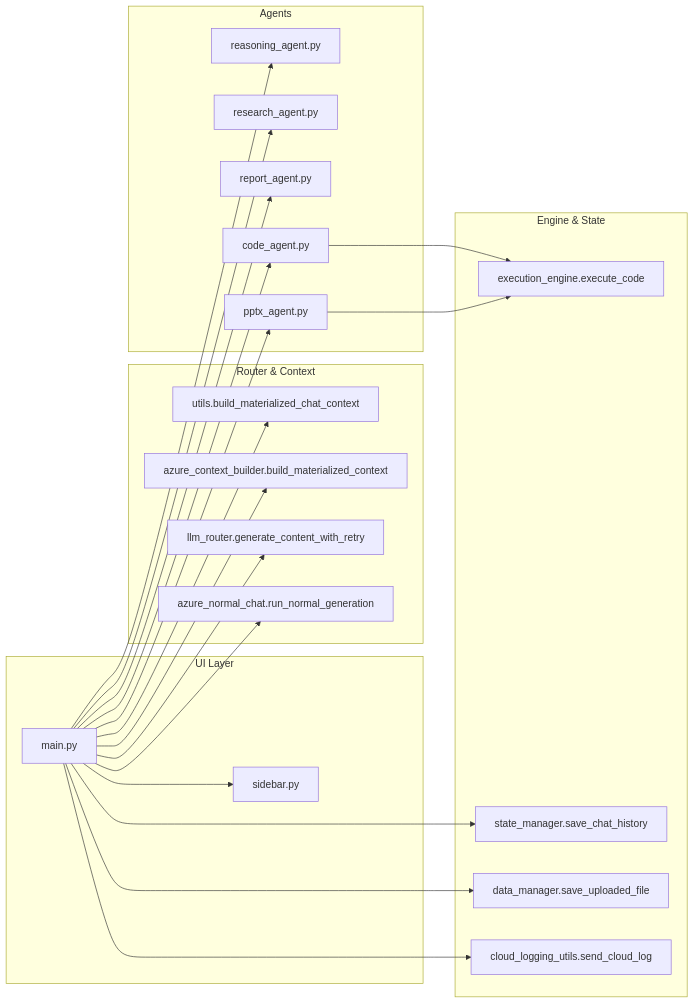
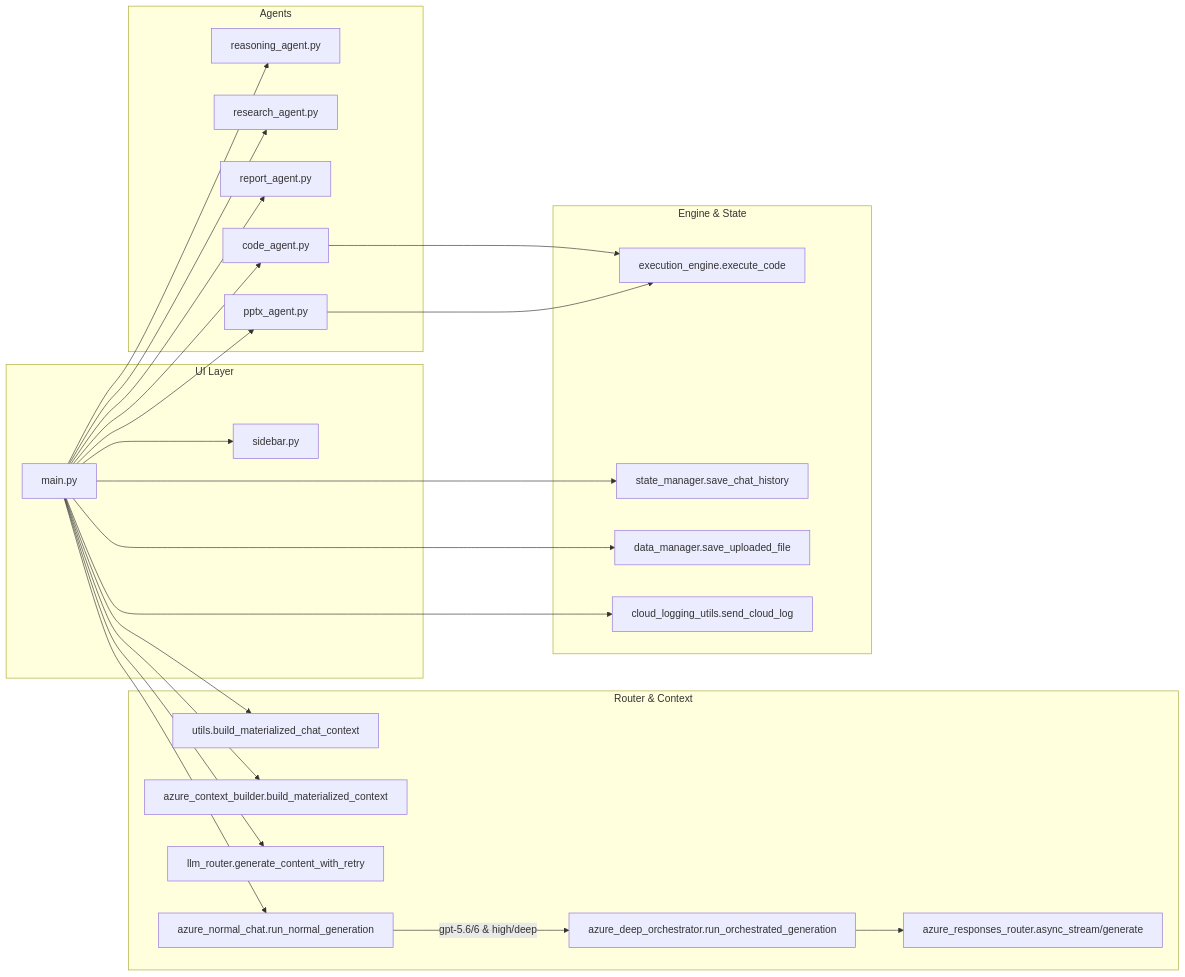
One commit to yoichi-1984/GP-chat_With_Streamlit changed the second of 2 diagrams in for_agent/software-sheet.md. Above: the diagram before and after it, drawn with Mermaid. The commit also changed other lines of this file and 5 other files, not shown here.

````diff
--- a/for_agent/software-sheet.md
+++ b/for_agent/software-sheet.md
@@ -650,45 +876,49 @@
 ```mermaid
 graph LR
     subgraph UI Layer
         main[main.py]
         sidebar[sidebar.py]
     end
 
     subgraph Router & Context
         builder[utils.build_materialized_chat_context]
         az_builder[azure_context_builder.build_materialized_context]
         router[llm_router.generate_content_with_retry]
         az_router[azure_normal_chat.run_normal_generation]
+        az_orch[azure_deep_orchestrator.run_orchestrated_generation]
+        az_resp_router[azure_responses_router.async_stream/generate]
     end
 
     subgraph Agents
         reasoning[reasoning_agent.py]
         research[research_agent.py]
         report[report_agent.py]
         pptx[pptx_agent.py]
         code[code_agent.py]
     end
 
     subgraph Engine & State
         engine[execution_engine.execute_code]
         state[state_manager.save_chat_history]
         data[data_manager.save_uploaded_file]
         logging[cloud_logging_utils.send_cloud_log]
     end
 
     main --> sidebar
     main --> builder
     main --> az_builder
     main --> router
     main --> az_router
+    az_router -- "gpt-5.6/6 & high/deep" --> az_orch
+    az_orch --> az_resp_router
     main --> reasoning
     main --> research
     main --> report
     main --> pptx
     main --> code
     code --> engine
     pptx --> engine
     main --> state
     main --> data
     main --> logging
 ```
````
